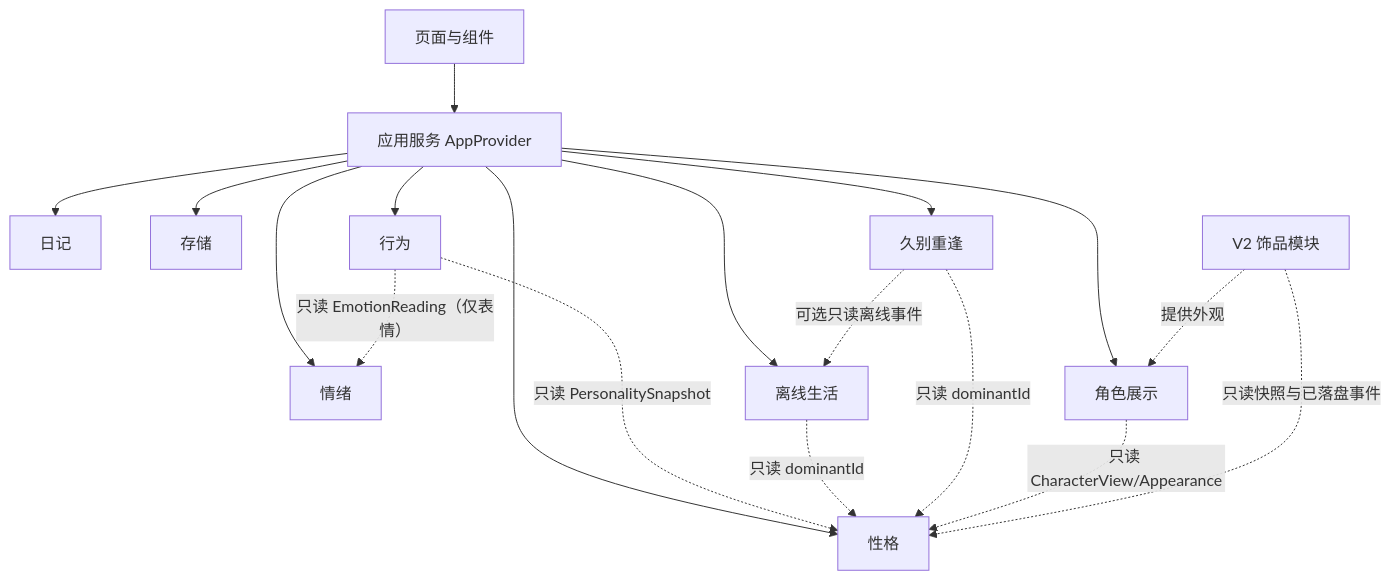
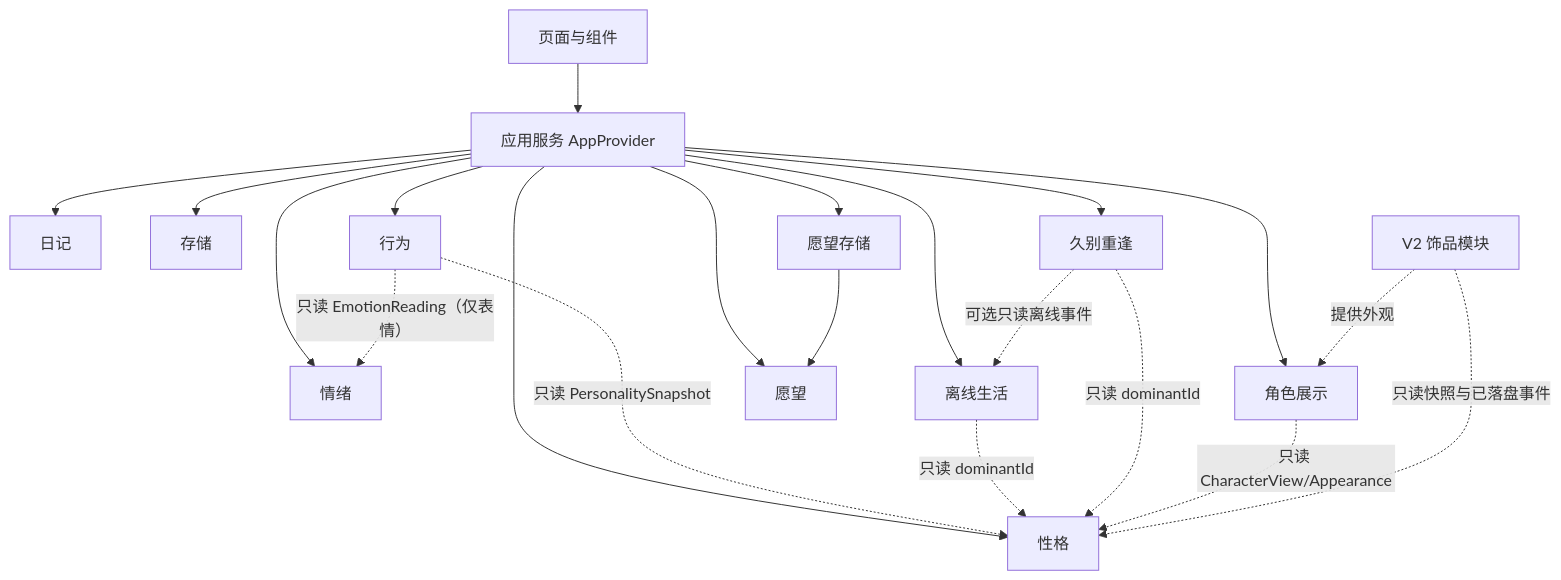
The diagram in docs/ARCHITECTURE.md (goodluck55k/ShiXu), drawn with Mermaid before and after one commit. The commit also changed other lines of this file and 44 other files, not shown here.

````diff
--- a/docs/ARCHITECTURE.md
+++ b/docs/ARCHITECTURE.md
@@ -34,20 +35,23 @@
 ```mermaid
 graph TD
   UI[页面与组件] --> APP[应用服务 AppProvider]
   APP --> D[日记]
   APP --> E[情绪]
   APP --> P[性格]
   APP --> S[存储]
   APP --> B[行为]
   APP --> O[离线生活]
   APP --> R[久别重逢]
   B -. 只读 PersonalitySnapshot .-> P
   B -. 只读 EmotionReading（仅表情） .-> E
   O -. 只读 dominantId .-> P
   R -. 只读 dominantId .-> P
   R -. 可选只读离线事件 .-> O
   APP --> C[角色展示]
   C -. 只读 CharacterView/Appearance .-> P
+  APP --> W[愿望]
+  APP --> WS[愿望存储]
+  WS --> W
   V2[V2 饰品模块] -. 只读快照与已落盘事件 .-> P
   V2 -. 提供外观 .-> C
 ```
````
